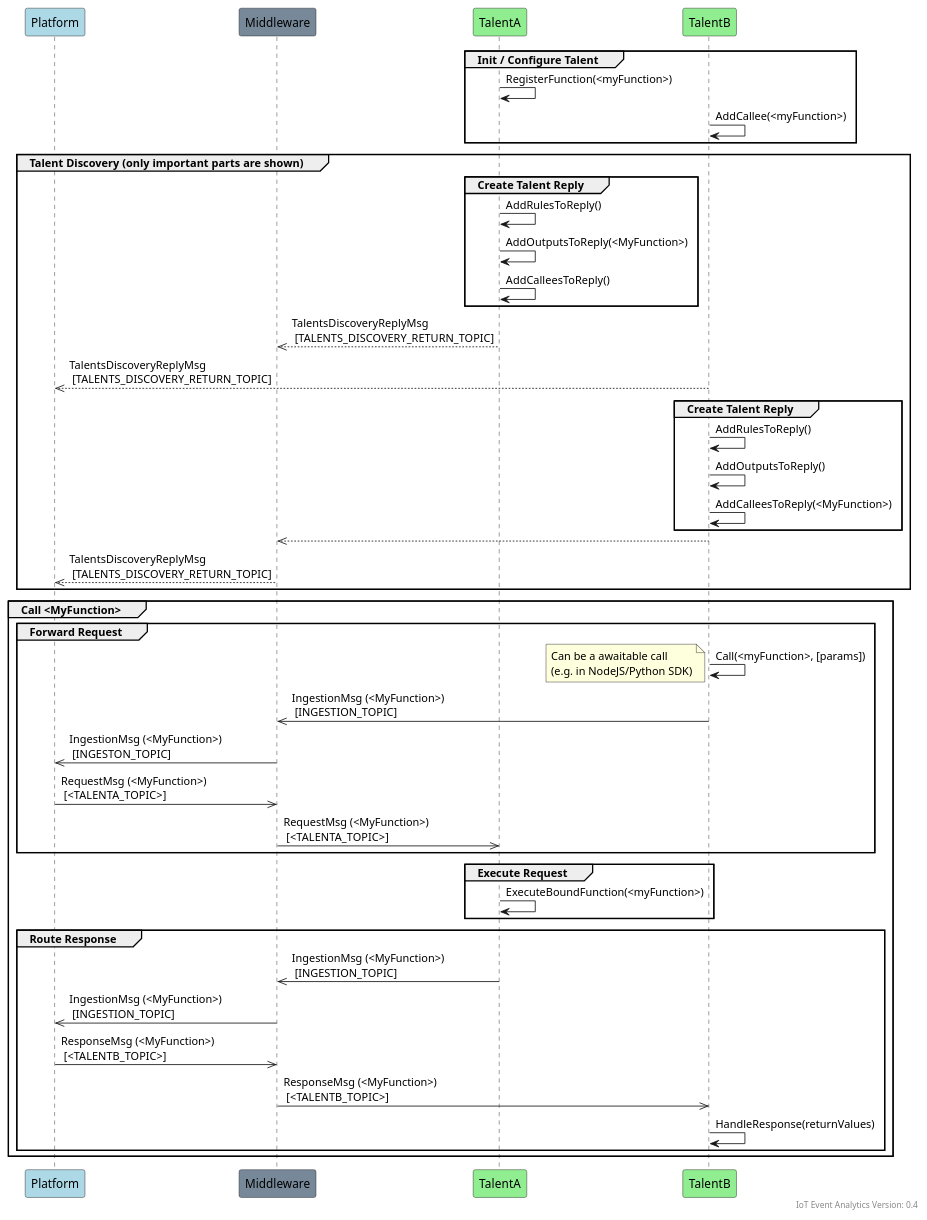
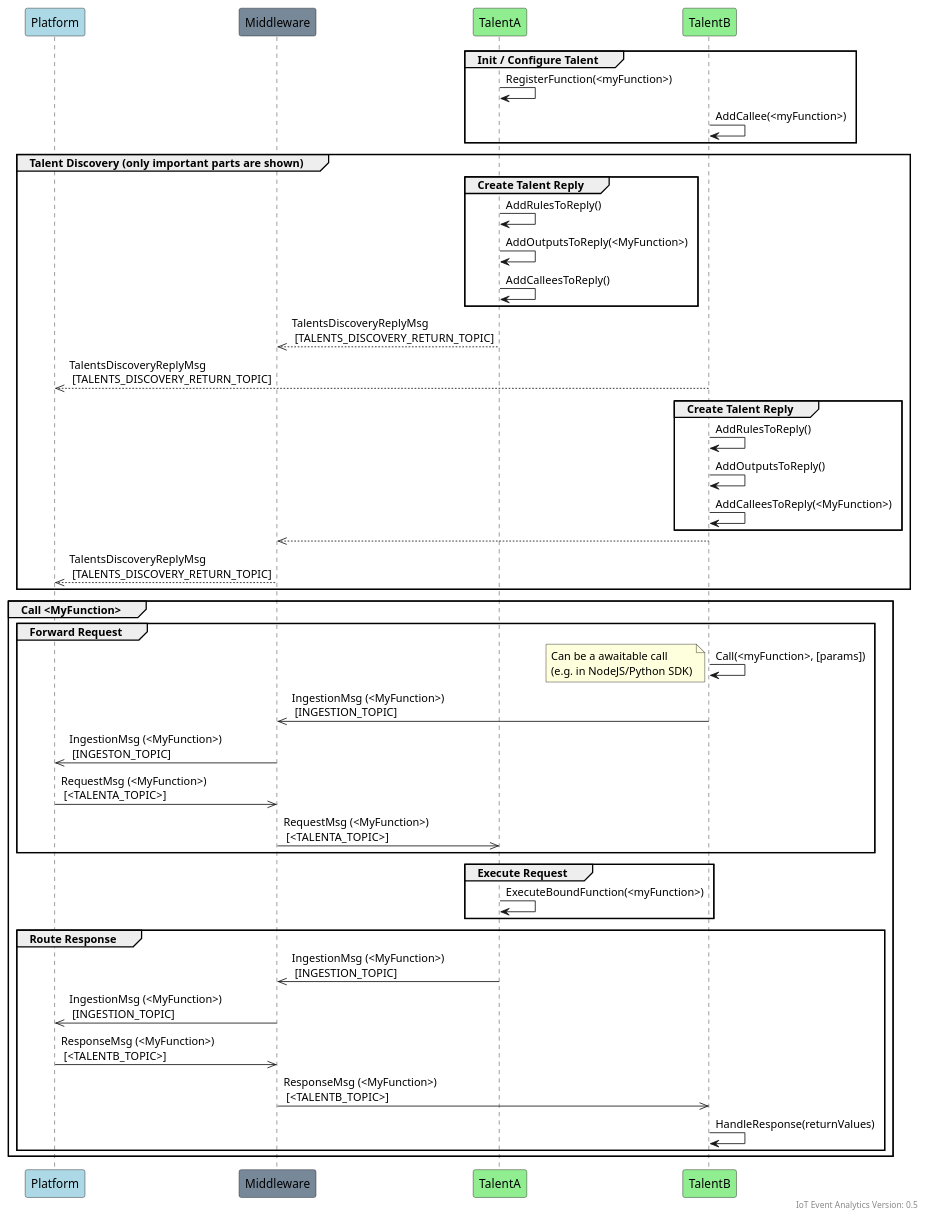
Before and after one commit to COVESA/iot-event-analytics: the diagram in docs/topics/assets/plantuml/communication_req_resp.puml, drawn with PlantUML. The commit also changed 15 other files, not shown here.

Commit message:
Check and update plantuml diagrams regarding version 0.5

```diff
--- a/docs/topics/assets/plantuml/communication_req_resp.puml
+++ b/docs/topics/assets/plantuml/communication_req_resp.puml
@@ -1,76 +1,76 @@
 @startuml
 /'
   Copyright (c) 2021 Bosch.IO GmbH
 
   This Source Code Form is subject to the terms of the Mozilla Public
   License, v. 2.0. If a copy of the MPL was not distributed with this
   file, You can obtain one at https://mozilla.org/MPL/2.0/.
 
   SPDX-License-Identifier: MPL-2.0
 '/
 
     skinparam backgroundColor #FFFFF
 
-    right footer "IoT Event Analytics Version: 0.4"
+    right footer "IoT Event Analytics Version: 0.5"
 
     participant Platform as Platform #LightBlue
 
     participant Middleware as Middleware #LightSlateGray
 
     participant TalentA as TalentA #LightGreen
     participant TalentB as TalentB #LightGreen
 
     group Init / Configure Talent
         TalentA -> TalentA: RegisterFunction(<myFunction>)
         TalentB -> TalentB: AddCallee(<myFunction>)
     end
 
     group Talent Discovery (only important parts are shown)
         group Create Talent Reply
             TalentA -> TalentA: AddRulesToReply()
             TalentA -> TalentA: AddOutputsToReply(<MyFunction>)
             TalentA -> TalentA: AddCalleesToReply()
         end
         TalentA -->> Middleware: TalentsDiscoveryReplyMsg \n [TALENTS_DISCOVERY_RETURN_TOPIC]
         TalentB -->> Platform: TalentsDiscoveryReplyMsg \n [TALENTS_DISCOVERY_RETURN_TOPIC]
 
         group Create Talent Reply
             TalentB -> TalentB: AddRulesToReply()
             TalentB -> TalentB: AddOutputsToReply()
             TalentB -> TalentB: AddCalleesToReply(<MyFunction>)
         end
         TalentB -->> Middleware
         Middleware -->> Platform: TalentsDiscoveryReplyMsg \n [TALENTS_DISCOVERY_RETURN_TOPIC]
     end
 
     group Call <MyFunction>
         group Forward Request
             TalentB -> TalentB: Call(<myFunction>, [params])
 
             note left
                 Can be a awaitable call
                 (e.g. in NodeJS/Python SDK)
             end note
 
             TalentB ->> Middleware: IngestionMsg (<MyFunction>) \n [INGESTION_TOPIC]
             Middleware ->> Platform: IngestionMsg (<MyFunction>) \n [INGESTON_TOPIC]
 
             Platform ->> Middleware: RequestMsg (<MyFunction>) \n [<TALENTA_TOPIC>]
             Middleware ->> TalentA: RequestMsg (<MyFunction>) \n [<TALENTA_TOPIC>]
         end
 
         group Execute Request
             TalentA -> TalentA: ExecuteBoundFunction(<myFunction>)
         end
 
         group Route Response
             TalentA ->> Middleware: IngestionMsg (<MyFunction>) \n [INGESTION_TOPIC]
             Middleware ->> Platform: IngestionMsg (<MyFunction>) \n [INGESTION_TOPIC]
 
             Platform ->> Middleware: ResponseMsg (<MyFunction>) \n [<TALENTB_TOPIC>]
             Middleware ->> TalentB: ResponseMsg (<MyFunction>) \n [<TALENTB_TOPIC>]
 
             TalentB -> TalentB: HandleResponse(returnValues)
         end
     end
 @enduml
```
